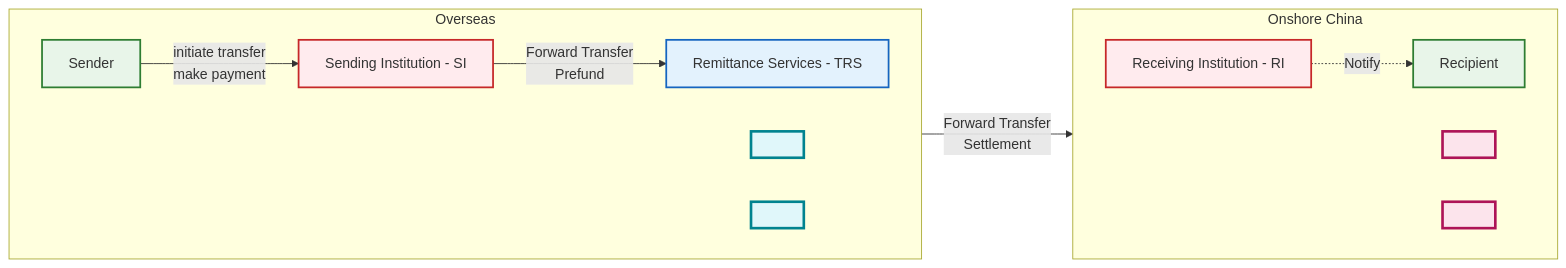
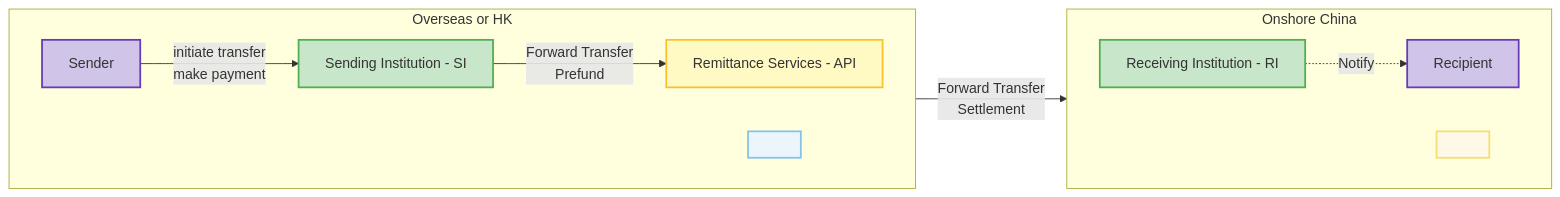
Before and after one commit to blaire101/data-warehouse-solutions: the first of 2 diagrams in README.md, drawn with Mermaid. The commit also changed other lines of this file, not shown here.

````diff
--- a/README.md
+++ b/README.md
@@ -21,42 +23,41 @@
 ```mermaid
 flowchart LR
     %% Style definitions
-    classDef user      fill:#E8F5E9,stroke:#2E7D32,stroke-width:2px
-    classDef product   fill:#FFEBEE,stroke:#C62828,stroke-width:2px
-    classDef infra     fill:#E3F2FD,stroke:#1565C0,stroke-width:2px
+    classDef user fill:#D1C4E9,stroke:#673AB7,stroke-width:2px;
+    classDef product fill:#C8E6C9,stroke:#4CAF50,stroke-width:2px;
+    classDef infra fill:#FFF9C4,stroke:#FBC02D,stroke-width:2px;
 
-    classDef boxOverseas fill:#E0F7FA,stroke:#00838F,stroke-width:3px
-    classDef boxDomestic fill:#FCE4EC,stroke:#AD1457,stroke-width:3px
+    %% Subgraph specific styles for cleaner backgrounds
+    classDef boxOverseas fill:#EBF5FB,stroke:#85C1E9,stroke-width:2px;
+    classDef boxDomestic fill:#FEF9E7,stroke:#F7DC6F,stroke-width:2px;
 
     %% Actual nodes
     Sender["Sender"]:::user
     SI["Sending Institution - SI"]:::product
-    TRS["Remittance Services - TRS"]:::infra
+    API["Remittance Services - API"]:::infra
 
     RI["Receiving Institution - RI"]:::product
     Recipient["Recipient"]:::user
 
     %% Flow lines
     Sender -->|initiate transfer <br> make payment| SI
-    SI -->|Forward Transfer <br> Prefund | TRS
-    TRS -->|Forward Transfer <br> Settlement| RI
+    SI -->|Forward Transfer <br> Prefund | API
+    API -->|Forward Transfer <br> Settlement| RI
     RI -.->| Notify| Recipient
 
     %% Invisible bounding boxes for region grouping
-    subgraph Overseas [Overseas]
+    subgraph Overseas [Overseas or HK]
         direction LR
         O1[ ]:::boxOverseas
         Sender
         SI
-        TRS
-        O2[ ]:::boxOverseas
+        API
     end
 
     subgraph "Onshore China"
         direction LR
         D1[ ]:::boxDomestic
         RI
         Recipient
-        D2[ ]:::boxDomestic
-    end
+    end 
 ```
````
